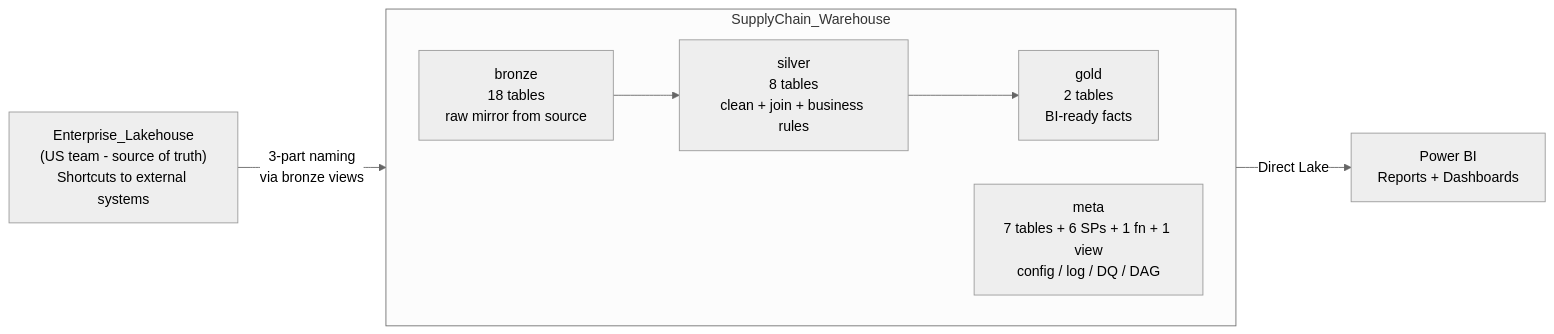
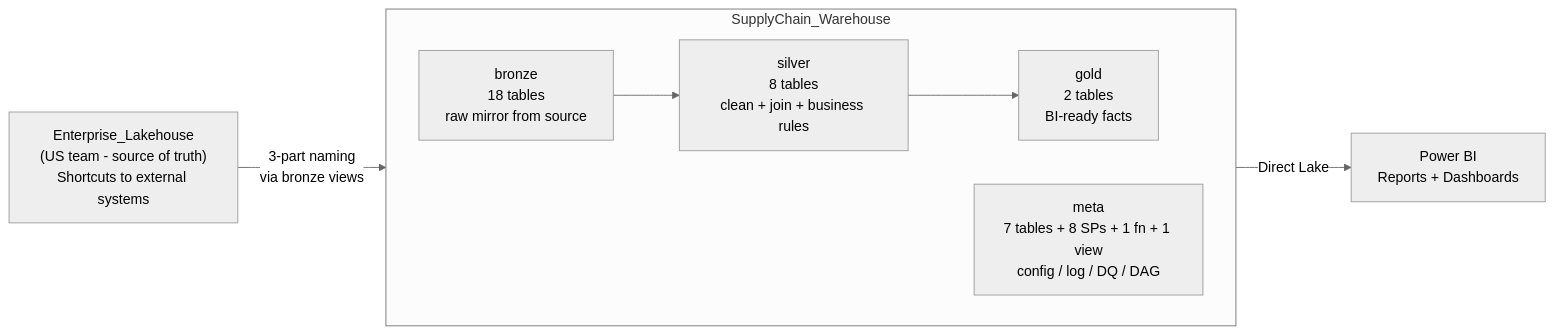
One commit to ankinguyen-engineer-2002/Fabric-v9-Warehouse-Medallion changed the first of 11 diagrams in v9_architecture_supplychain.md. Above: the diagram before and after it, drawn with Mermaid (neutral theme). The commit also changed other lines of this file and 2 other files, not shown here.

````diff
--- a/v9_architecture_supplychain.md
+++ b/v9_architecture_supplychain.md
@@ -12,16 +12,16 @@
 ```mermaid
 flowchart LR
     EL["Enterprise_Lakehouse\n(US team - source of truth)\nShortcuts to external systems"]
 
     subgraph WH["SupplyChain_Warehouse"]
         direction LR
         B["bronze\n18 tables\nraw mirror from source"]
         S["silver\n8 tables\nclean + join + business rules"]
         G["gold\n2 tables\nBI-ready facts"]
-        M["meta\n7 tables + 6 SPs + 1 fn + 1 view\nconfig / log / DQ / DAG"]
+        M["meta\n7 tables + 8 SPs + 1 fn + 1 view\nconfig / log / DQ / DAG"]
         B --> S --> G
     end
 
     EL -->|"3-part naming\nvia bronze views"| B
     G -->|"Direct Lake"| PBI["Power BI\nReports + Dashboards"]
 ```
````
